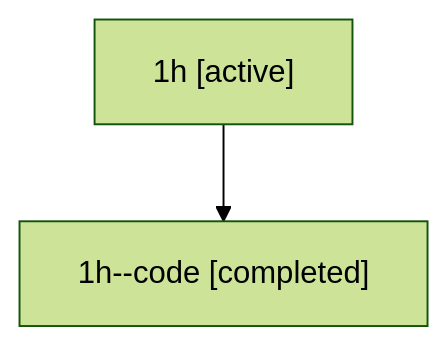
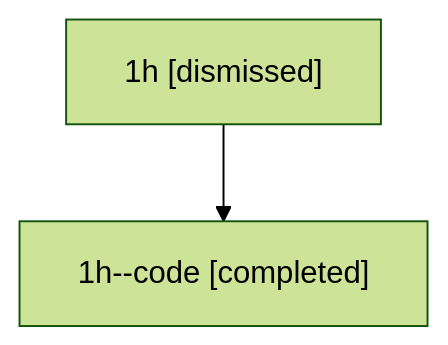
Before and after one commit to sase-org/sase--agents: the diagram in sessions/bbugyi200.athena.1h.md, drawn with Mermaid (forest theme). The commit also changed other lines of this file and 18 other files, not shown here.

````diff
--- a/sessions/bbugyi200.athena.1h.md
+++ b/sessions/bbugyi200.athena.1h.md
@@ -9,6 +9,6 @@
 ```mermaid
 flowchart TD
-  n0["1h [active]"]
+  n0["1h [dismissed]"]
   n1["1h--code [completed]"]
   n0 --> n1
 ```
````
